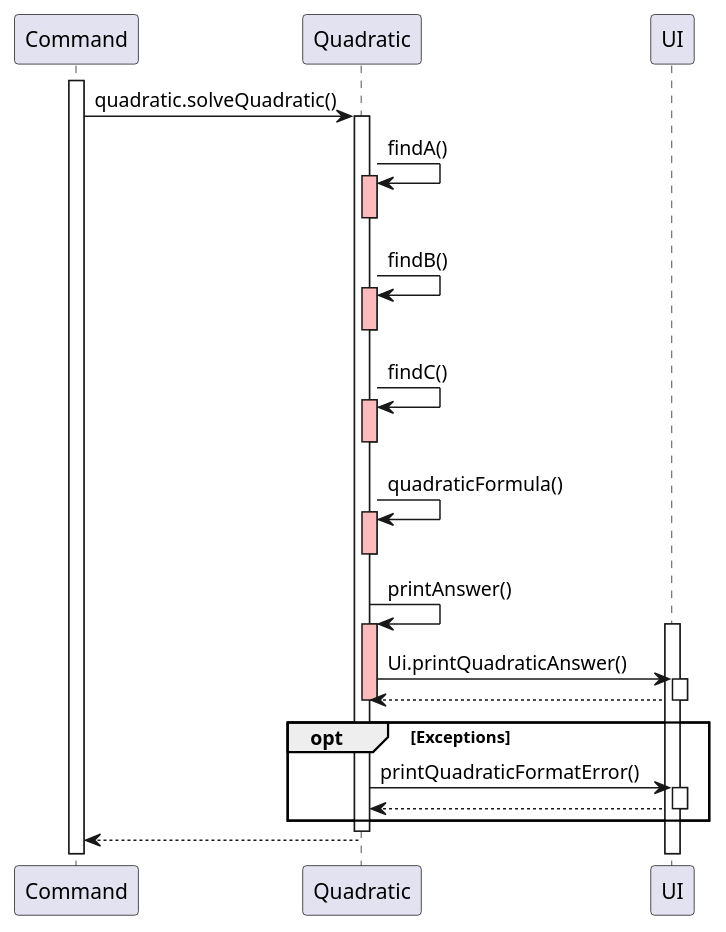
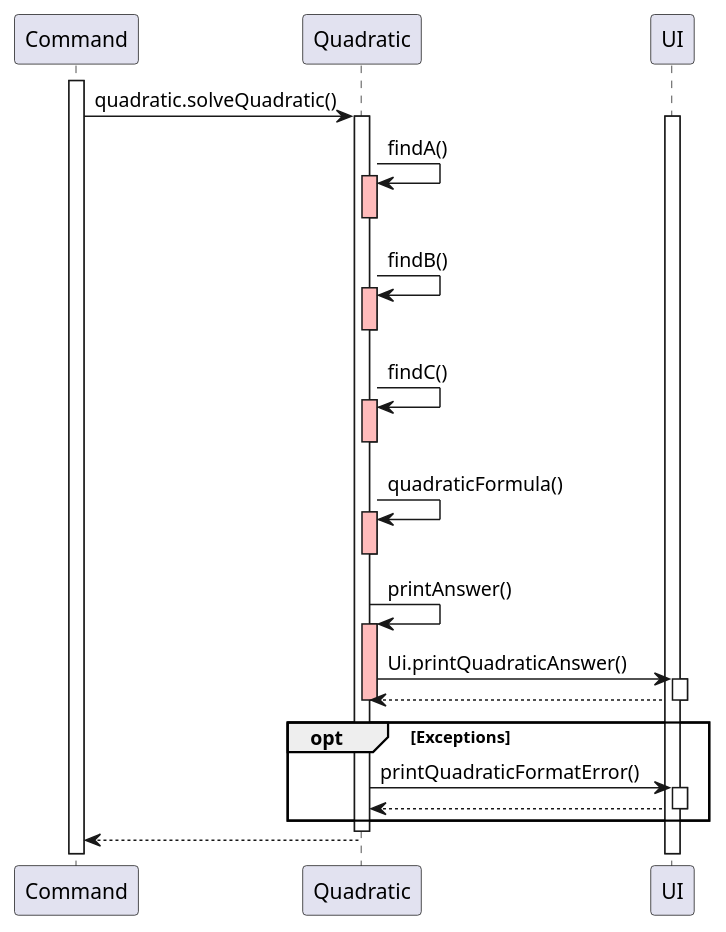
One commit to nus-cs2113-AY2223S2/tp changed the diagram in docs/QuadraticSolver.puml. Above: the diagram before and after it, drawn with PlantUML. The commit also changed 2 other files, not shown here.

```diff
--- a/docs/QuadraticSolver.puml
+++ b/docs/QuadraticSolver.puml
@@ -1,36 +1,35 @@
 @startuml
 'https://plantuml.com/sequence-diagram
 
 activate Command
 Command -> Quadratic: quadratic.solveQuadratic()
-
+activate UI
 activate Quadratic
 Quadratic -> Quadratic: findA()
 activate Quadratic #FFBBBB
 deactivate Quadratic
 Quadratic -> Quadratic: findB()
 activate Quadratic #FFBBBB
 deactivate Quadratic
 Quadratic -> Quadratic: findC()
 activate Quadratic #FFBBBB
 deactivate Quadratic
 Quadratic -> Quadratic: quadraticFormula()
 activate Quadratic #FFBBBB
 deactivate Quadratic
 Quadratic -> Quadratic: printAnswer()
 activate Quadratic #FFBBBB
-activate UI
 Quadratic -> UI: Ui.printQuadraticAnswer()
 activate UI
 UI --> Quadratic
 deactivate UI
 deactivate Quadratic
 opt Exceptions
 Quadratic -> UI: printQuadraticFormatError()
 activate UI
 UI --> Quadratic
 deactivate UI
 end opt
 deactivate Quadratic
 Quadratic --> Command
 @enduml
```
